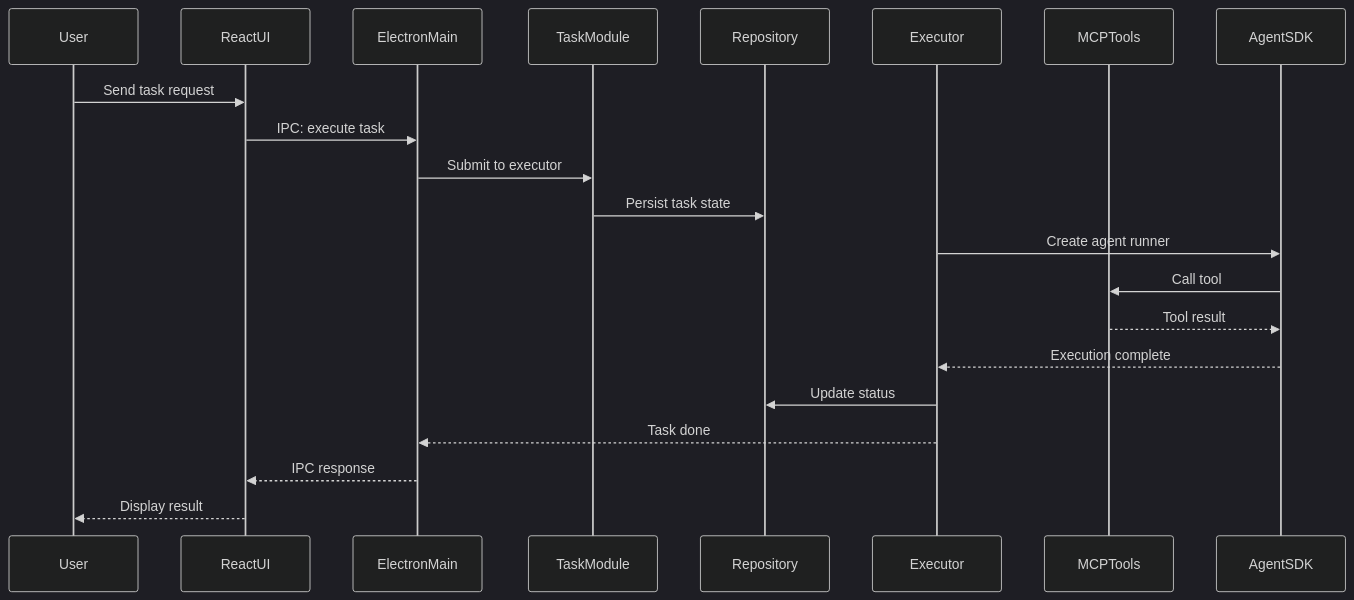
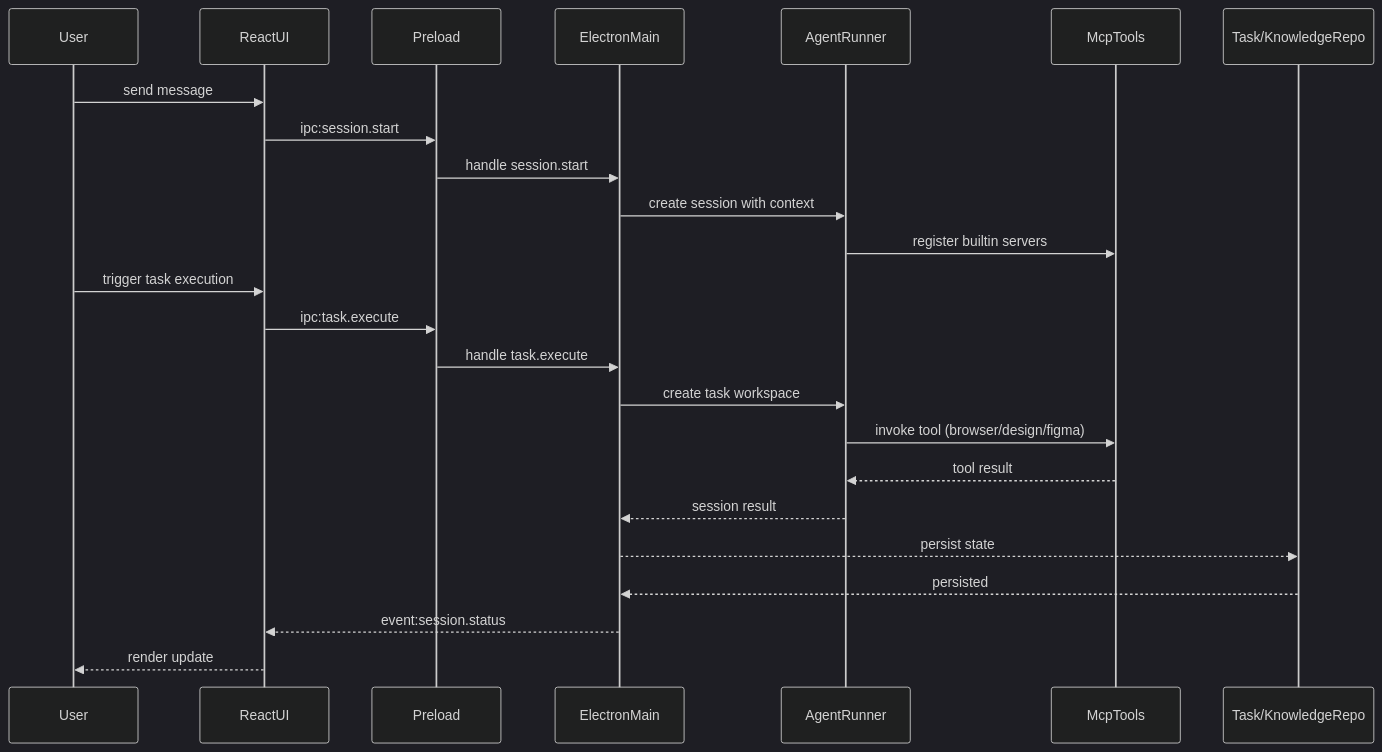
One commit to lst016/tech-cc-hub changed the second of 2 diagrams in .tech/repowiki/zh/content/architecture.md. Above: the diagram before and after it, drawn with Mermaid (dark theme). The commit also changed other lines of this file and 47 other files, not shown here.

Commit message:
Improve RepoWiki knowledge quality for agents

````diff
--- a/.tech/repowiki/zh/content/architecture.md
+++ b/.tech/repowiki/zh/content/architecture.md
@@ -73,22 +153,27 @@
 ```mermaid
 sequenceDiagram
   participant User
-  participant ReactUI
-  participant ElectronMain
-  participant TaskModule
-  participant Repository
-  participant Executor
-  participant MCPTools
-  User->>ReactUI: Send task request
-  ReactUI->>ElectronMain: IPC: execute task
-  ElectronMain->>TaskModule: Submit to executor
-  TaskModule->>Repository: Persist task state
-  Executor->>AgentSDK: Create agent runner
-  AgentSDK->>MCPTools: Call tool
-  MCPTools-->>AgentSDK: Tool result
-  AgentSDK-->>Executor: Execution complete
-  Executor->>Repository: Update status
-  Executor-->>ElectronMain: Task done
-  ElectronMain-->>ReactUI: IPC response
-  ReactUI-->>User: Display result
+  participant UI as ReactUI
+  participant Bridge as Preload
+  participant Main as ElectronMain
+  participant Runner as AgentRunner
+  participant Mcp as McpTools
+  participant Repo as Task/KnowledgeRepo
+
+  User->>UI: send message
+  UI->>Bridge: ipc:session.start
+  Bridge->>Main: handle session.start
+  Main->>Runner: create session with context
+  Runner->>Mcp: register builtin servers
+  User->>UI: trigger task execution
+  UI->>Bridge: ipc:task.execute
+  Bridge->>Main: handle task.execute
+  Main->>Runner: create task workspace
+  Runner->>Mcp: invoke tool (browser/design/figma)
+  Mcp-->>Runner: tool result
+  Runner-->>Main: session result
+  Main-->>Repo: persist state
+  Repo-->>Main: persisted
+  Main-->>UI: event:session.status
+  UI-->>User: render update
 ```
````
